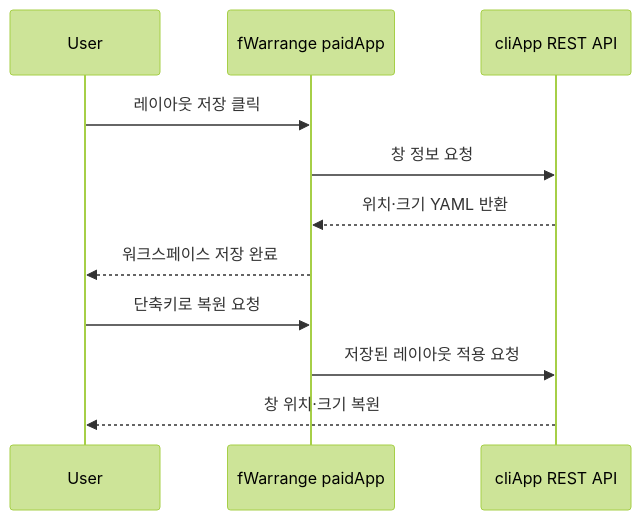
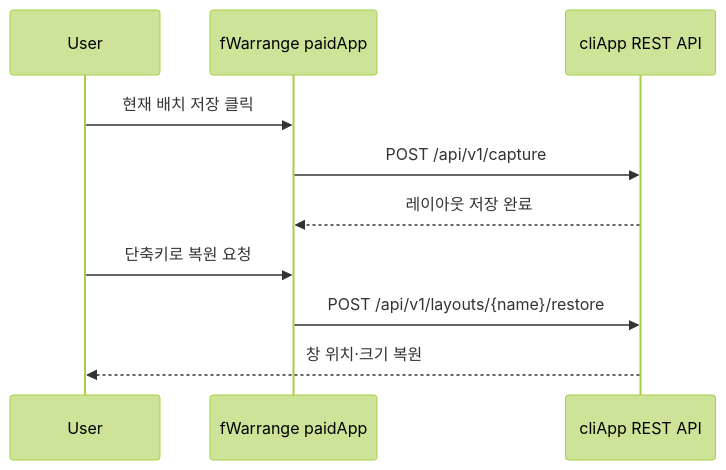
The second of 3 diagrams in Projects/m2Slide_single_mode/m2SlideStyle.md (Finfra/m2slide), drawn with Mermaid (forest theme) before and after one commit. The commit also changed other lines of this file and 17 other files, not shown here.

````diff
--- a/Projects/m2Slide_single_mode/m2SlideStyle.md
+++ b/Projects/m2Slide_single_mode/m2SlideStyle.md
@@ -114,13 +114,12 @@
 ```mermaid
 sequenceDiagram
     participant User
     participant MenuBar as fWarrange paidApp
     participant CliApp as cliApp REST API
-    User->>MenuBar: 레이아웃 저장 클릭
-    MenuBar->>CliApp: 창 정보 요청
-    CliApp-->>MenuBar: 위치·크기 YAML 반환
-    MenuBar-->>User: 워크스페이스 저장 완료
+    User->>MenuBar: 현재 배치 저장 클릭
+    MenuBar->>CliApp: POST /api/v1/capture
+    CliApp-->>MenuBar: 레이아웃 저장 완료
     User->>MenuBar: 단축키로 복원 요청
-    MenuBar->>CliApp: 저장된 레이아웃 적용 요청
+    MenuBar->>CliApp: POST /api/v1/layouts/{name}/restore
     CliApp-->>User: 창 위치·크기 복원
 ```
````
